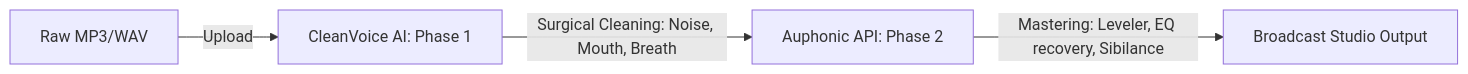
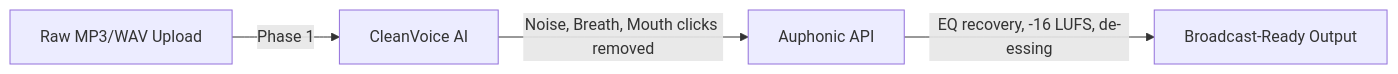
Before and after one commit to oguzemirtopuz/VocalCleaner: the diagram in README.md, drawn with Mermaid. The commit also changed other lines of this file and 1 other file, not shown here.

````diff
--- a/README.md
+++ b/README.md
@@ -23,6 +65,6 @@
 ```mermaid
 graph LR
-    Raw[Raw MP3/WAV] -->|Upload| CV[CleanVoice AI: Phase 1]
-    CV -->|Surgical Cleaning: Noise, Mouth, Breath| Aup[Auphonic API: Phase 2]
-    Aup -->|Mastering: Leveler, EQ recovery, Sibilance| Final[Broadcast Studio Output]
+    Raw[Raw MP3/WAV Upload] -->|Phase 1| CV[CleanVoice AI]
+    CV -->|Noise, Breath, Mouth clicks removed| Aup[Auphonic API]
+    Aup -->|EQ recovery, -16 LUFS, de-essing| Final[Broadcast-Ready Output]
 ```
````
